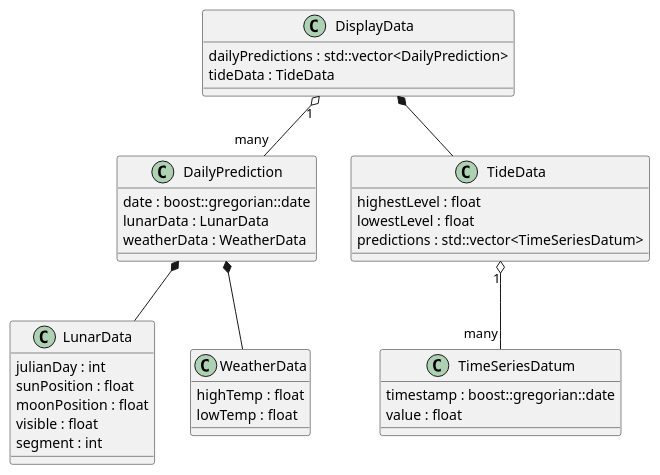
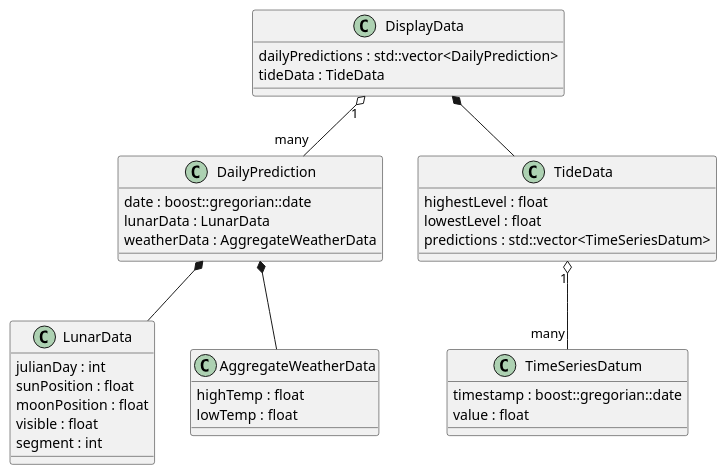
One commit to ciroque/tidal changed the diagram in docs/DisplayDataClassesAlt.puml. Above: the diagram before and after it, drawn with PlantUML. The commit also changed 17 other files, not shown here.

Commit message:
WIP: Parsing the Weather Data

```diff
--- a/docs/DisplayDataClassesAlt.puml
+++ b/docs/DisplayDataClassesAlt.puml
@@ -1,45 +1,45 @@
 @startuml
 'https://plantuml.com/class-diagram
 
 class TimeSeriesDatum {
     timestamp : boost::gregorian::date
     value : float
 }
 
 class DisplayData {
     dailyPredictions : std::vector<DailyPrediction>
     tideData : TideData
 }
 
 class DailyPrediction {
     date : boost::gregorian::date
     lunarData : LunarData
-    weatherData : WeatherData
+    weatherData : AggregateWeatherData
 }
 
 class LunarData {
     julianDay : int
     sunPosition : float
     moonPosition : float
     visible : float
     segment : int
 }
 
 class TideData {
     highestLevel : float
     lowestLevel : float
     predictions : std::vector<TimeSeriesDatum>
 }
 
-class WeatherData {
+class AggregateWeatherData {
     highTemp : float
     lowTemp : float
 }
 
 DisplayData "1" o-- "many" DailyPrediction
 DailyPrediction *-- LunarData
 DisplayData *-- TideData
-DailyPrediction *-- WeatherData
+DailyPrediction *-- AggregateWeatherData
 TideData "1" o-- "many" TimeSeriesDatum
 
 @enduml
```
